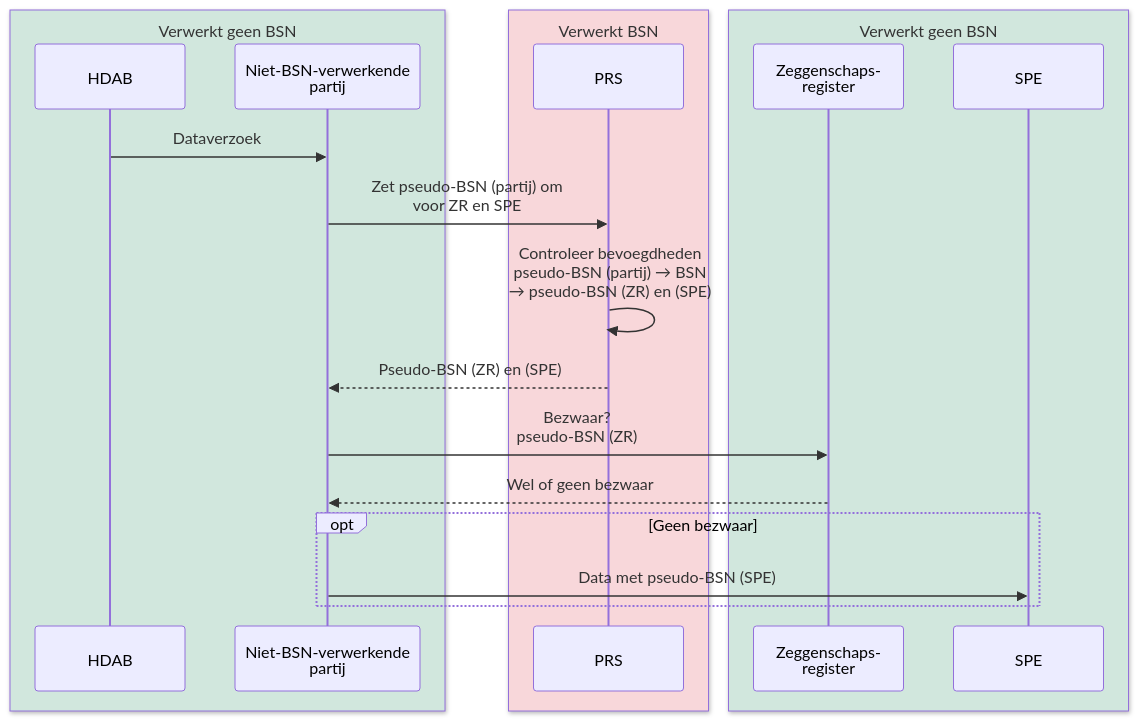
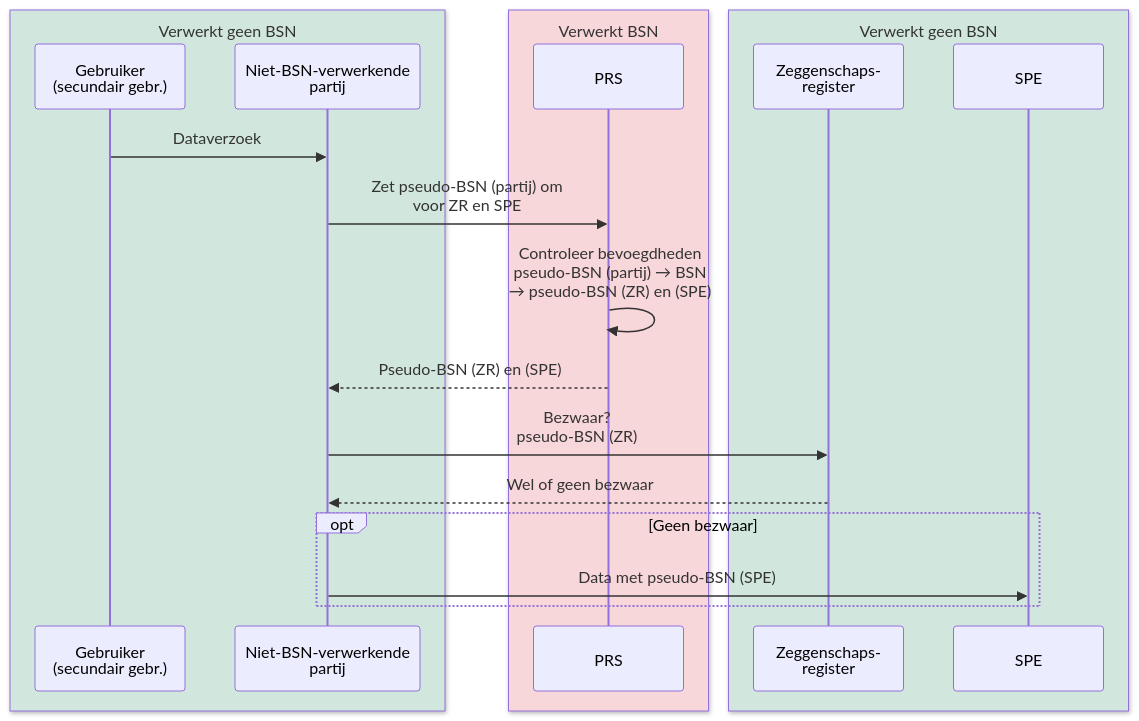
One commit to minvws/generiekefuncties-docs changed the third of 8 diagrams in input/pagecontent/identification-sg.md. Above: the diagram before and after it, drawn with Mermaid. The commit also changed other lines of this file and 1 other file, not shown here.

````diff
--- a/input/pagecontent/identification-sg.md
+++ b/input/pagecontent/identification-sg.md
@@ -263,24 +264,24 @@
 ```mermaid
 sequenceDiagram
     box rgb(209,231,221) Verwerkt geen BSN
-        participant hdab as HDAB
+        participant gebruiker as Gebruiker<br/>(secundair gebr.)
         participant partij as Niet-BSN-verwerkende<br/>partij
     end
     box rgb(248,215,218) Verwerkt BSN
         participant prs as PRS
     end
     box rgb(209,231,221) Verwerkt geen BSN
         participant zr as Zeggenschaps-<br/>register
         participant spe as SPE
     end
 
-    hdab->>partij: Dataverzoek
+    gebruiker->>partij: Dataverzoek
     partij->>prs: Zet pseudo-BSN (partij) om<br/>voor ZR en SPE
     prs->>prs: Controleer bevoegdheden<br/>pseudo-BSN (partij) → BSN<br/>→ pseudo-BSN (ZR) en (SPE)
     prs-->>partij: Pseudo-BSN (ZR) en (SPE)
     partij->>zr: Bezwaar?<br/>pseudo-BSN (ZR)
     zr-->>partij: Wel of geen bezwaar
     opt Geen bezwaar
         partij->>spe: Data met pseudo-BSN (SPE)
     end
 ```
````
